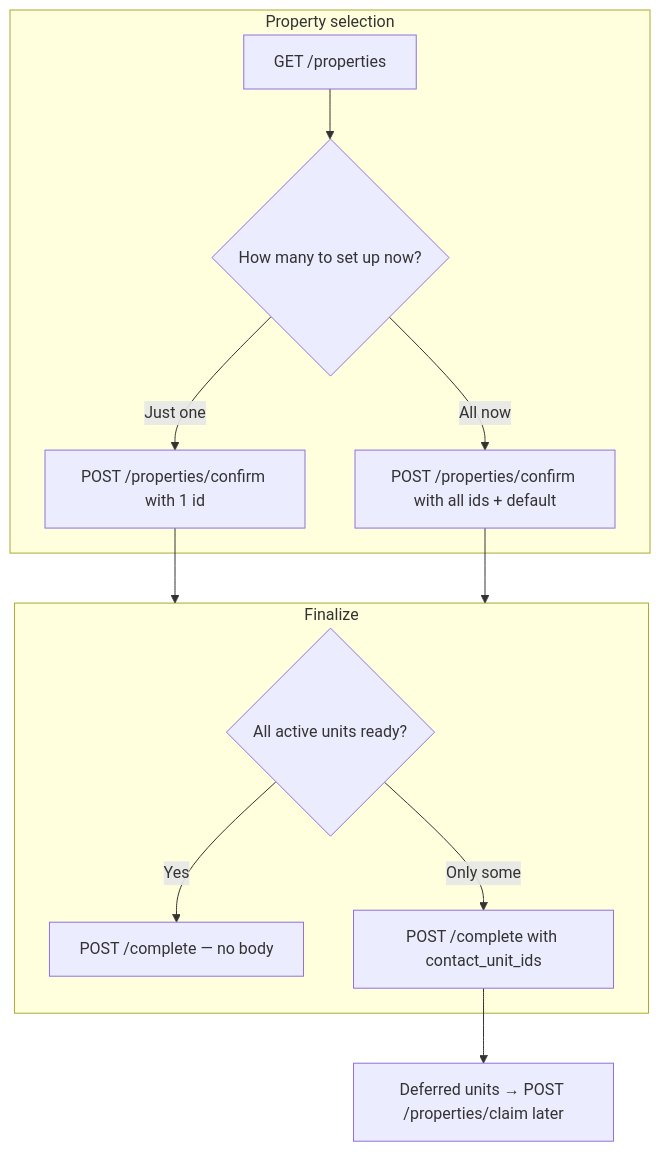
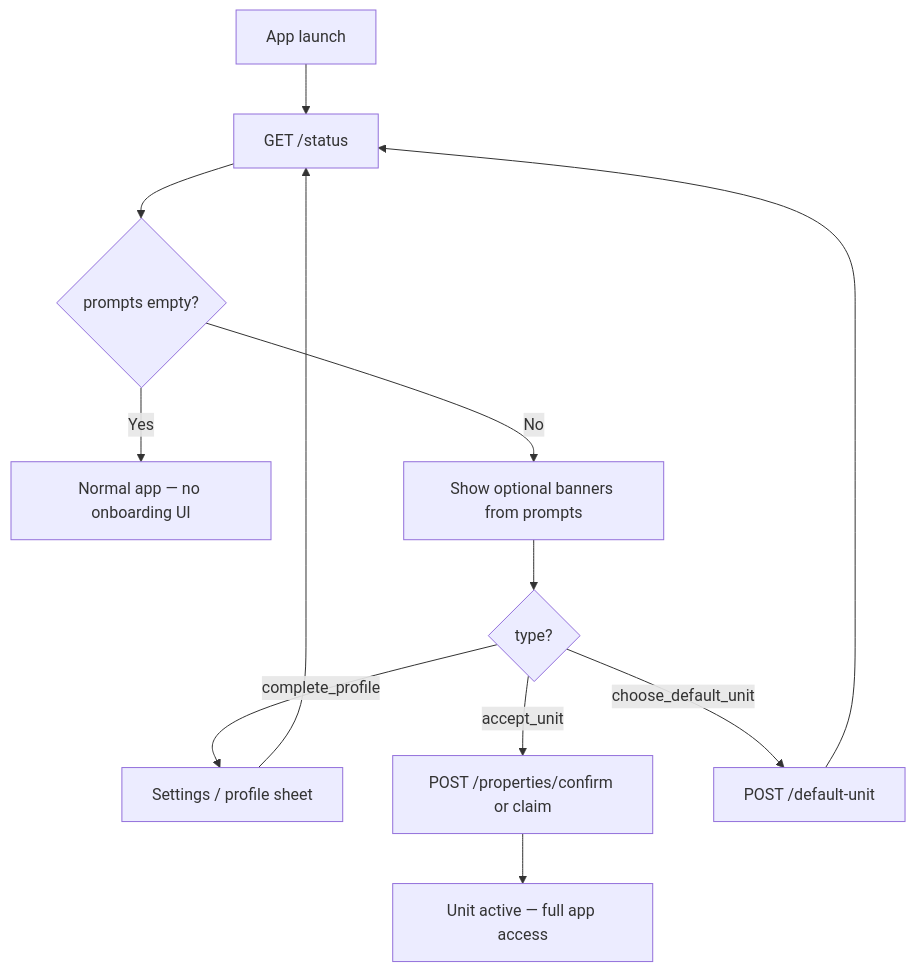
Before and after one commit to isometrik-ai/ats-home-craft-python-service: the second of 2 diagrams in docs/contact-onboarding-flow.md, drawn with Mermaid. The commit also changed other lines of this file and 11 other files, not shown here.

First line of the commit message:
Refactor contact onboarding process and schemas

````diff
--- a/docs/contact-onboarding-flow.md
+++ b/docs/contact-onboarding-flow.md
@@ -522,19 +570,14 @@
 ```mermaid
 flowchart TD
-    subgraph step2 [Property selection]
-        P[GET /properties]
-        P --> Q{How many to set up now?}
-        Q -->|Just one| R[POST /properties/confirm with 1 id]
-        Q -->|All now| S[POST /properties/confirm with all ids + default]
-    end
-
-    subgraph finish [Finalize]
-        T{All active units ready?}
-        T -->|Yes| U[POST /complete — no body]
-        T -->|Only some| V[POST /complete with contact_unit_ids]
-    end
-
-    R --> finish
-    S --> finish
-    V --> W[Deferred units → POST /properties/claim later]
+    A[App launch] --> B[GET /status]
+    B --> C{prompts empty?}
+    C -->|Yes| D[Normal app — no onboarding UI]
+    C -->|No| E[Show optional banners from prompts]
+    E --> F{type?}
+    F -->|complete_profile| G[Settings / profile sheet]
+    F -->|accept_unit| H[POST /properties/confirm or claim]
+    F -->|choose_default_unit| I[POST /default-unit]
+    H --> J[Unit active — full app access]
+    G --> B
+    I --> B
 ```
````
